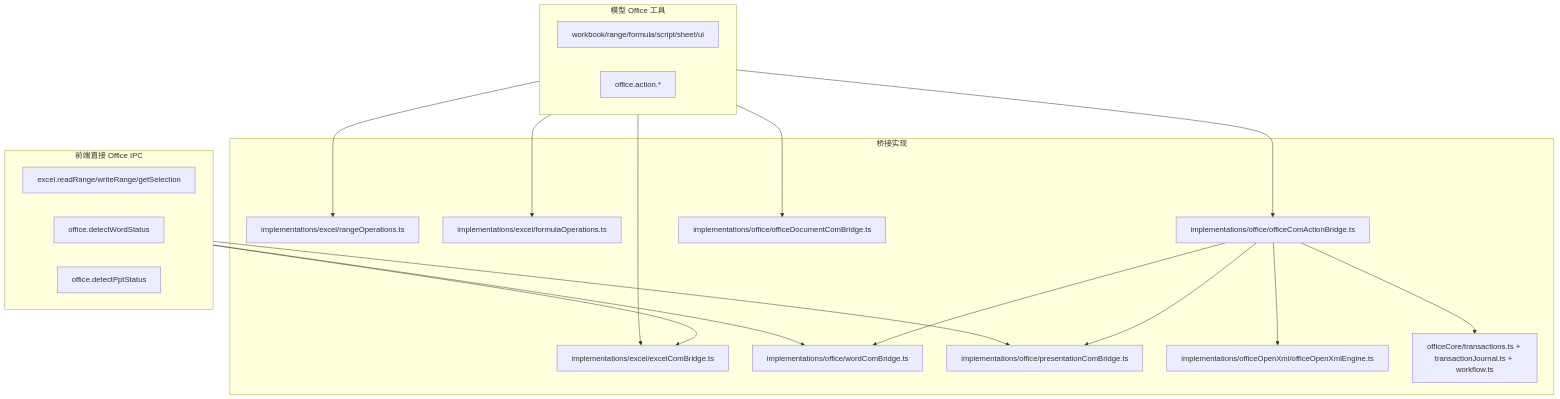
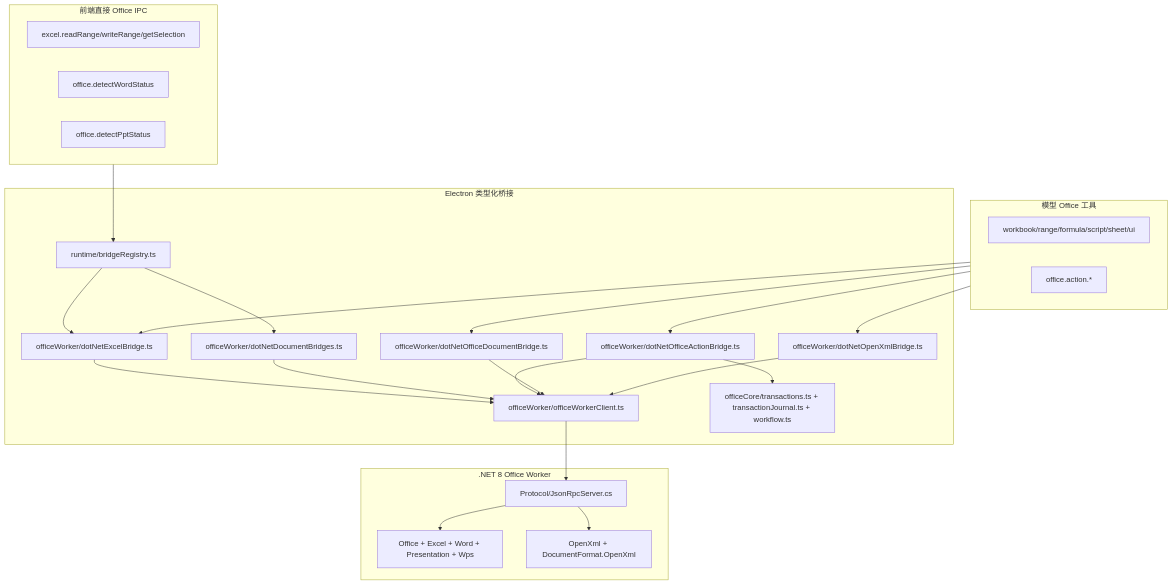
One commit to Laowang3366/excel-ai-plugin-new-feature changed the seventh of 11 diagrams in docs/architecture-map.md. Above: the diagram before and after it, drawn with Mermaid. The commit also changed other lines of this file and 263 other files, not shown here.

Commit message:
refactor: 完成 Office 自动化 .NET 重构

````diff
--- a/docs/architecture-map.md
+++ b/docs/architecture-map.md
@@ -303,38 +304,47 @@
 ```mermaid
 flowchart TB
   subgraph DirectIPC["前端直接 Office IPC"]
     ExcelUi["excel.readRange/writeRange/getSelection"]
     WordStatus["office.detectWordStatus"]
     PptStatus["office.detectPptStatus"]
   end
 
   subgraph AgentTools["模型 Office 工具"]
     ExcelTools["workbook/range/formula/script/sheet/ui"]
     OfficeTools["office.action.*"]
   end
 
-  subgraph Bridges["桥接实现"]
-    ExcelBridge["implementations/excel/excelComBridge.ts"]
-    RangeOps["implementations/excel/rangeOperations.ts"]
-    FormulaOps["implementations/excel/formulaOperations.ts"]
-    WordBridge["implementations/office/wordComBridge.ts"]
-    PptBridge["implementations/office/presentationComBridge.ts"]
-    ComAction["implementations/office/officeComActionBridge.ts"]
-    Documents["implementations/office/officeDocumentComBridge.ts"]
-    OpenXmlEngine["implementations/officeOpenXml/officeOpenXmlEngine.ts"]
+  subgraph Bridges["Electron 类型化桥接"]
+    Registry["runtime/bridgeRegistry.ts"]
+    ExcelBridge["officeWorker/dotNetExcelBridge.ts"]
+    DocumentBridges["officeWorker/dotNetDocumentBridges.ts"]
+    ActionBridge["officeWorker/dotNetOfficeActionBridge.ts"]
+    Documents["officeWorker/dotNetOfficeDocumentBridge.ts"]
+    OpenXmlBridge["officeWorker/dotNetOpenXmlBridge.ts"]
+    Client["officeWorker/officeWorkerClient.ts"]
     Transactions["officeCore/transactions.ts + transactionJournal.ts + workflow.ts"]
   end
 
-  DirectIPC --> ExcelBridge
-  DirectIPC --> WordBridge
-  DirectIPC --> PptBridge
+  subgraph Worker[".NET 8 Office Worker"]
+    JsonRpc["Protocol/JsonRpcServer.cs"]
+    ComServices["Office + Excel + Word + Presentation + Wps"]
+    OpenXmlServices["OpenXml + DocumentFormat.OpenXml"]
+  end
+
+  DirectIPC --> Registry
+  Registry --> ExcelBridge
+  Registry --> DocumentBridges
   AgentTools --> ExcelBridge
-  AgentTools --> RangeOps
-  AgentTools --> FormulaOps
-  AgentTools --> ComAction
+  AgentTools --> ActionBridge
   AgentTools --> Documents
-  ComAction --> Transactions
-  ComAction --> OpenXmlEngine
-  ComAction --> WordBridge
-  ComAction --> PptBridge
+  AgentTools --> OpenXmlBridge
+  ActionBridge --> Transactions
+  ExcelBridge --> Client
+  DocumentBridges --> Client
+  ActionBridge --> Client
+  Documents --> Client
+  OpenXmlBridge --> Client
+  Client --> JsonRpc
+  JsonRpc --> ComServices
+  JsonRpc --> OpenXmlServices
 ```
````
